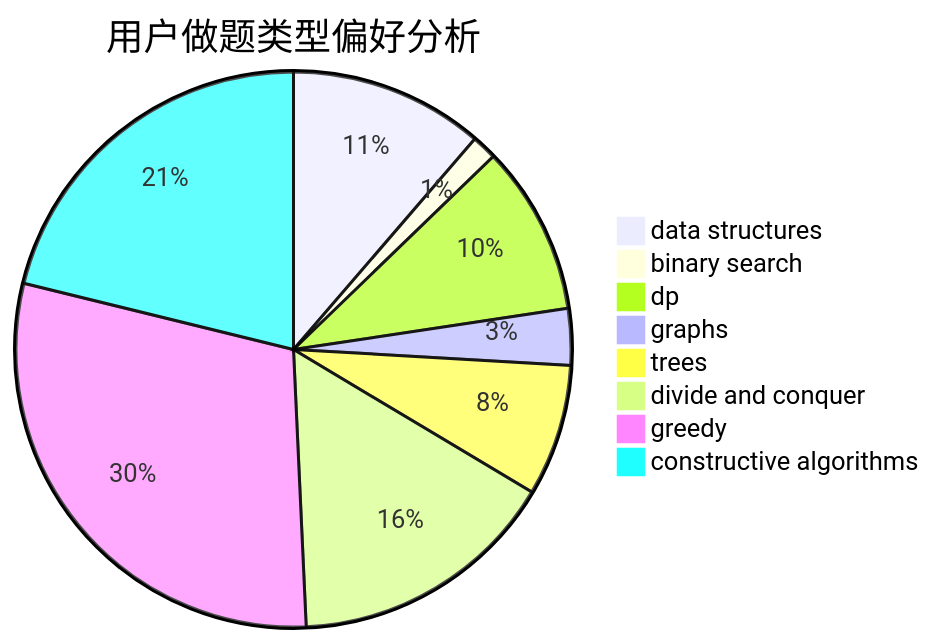
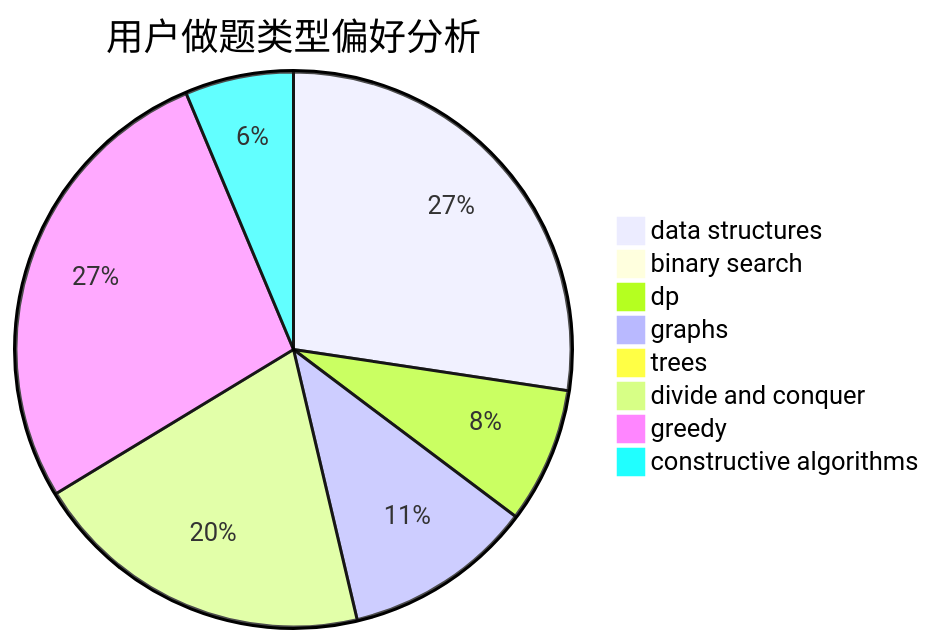
Before and after one commit to sherpahu/cfrs.github.io: the second of 3 diagrams in docs/user/u1651.md, drawn with Mermaid. The commit also changed other lines of this file and 2770 other files, not shown here.

````diff
--- a/docs/user/u1651.md
+++ b/docs/user/u1651.md
@@ -23,11 +23,11 @@
 ```mermaid
 pie title 用户做题类型偏好分析
-    "data structures" :  31
-    "binary search" :  4
-    "dp" :  27
-    "graphs" :  9
-    "trees" :  21
-    "divide and conquer" :  43
-    "greedy" :  81
-    "constructive algorithms" :  58
+    "data structures" :  52
+    "binary search" :  0
+    "dp" :  15
+    "graphs" :  21
+    "trees" :  0
+    "divide and conquer" :  38
+    "greedy" :  52
+    "constructive algorithms" :  12
 ```
````
